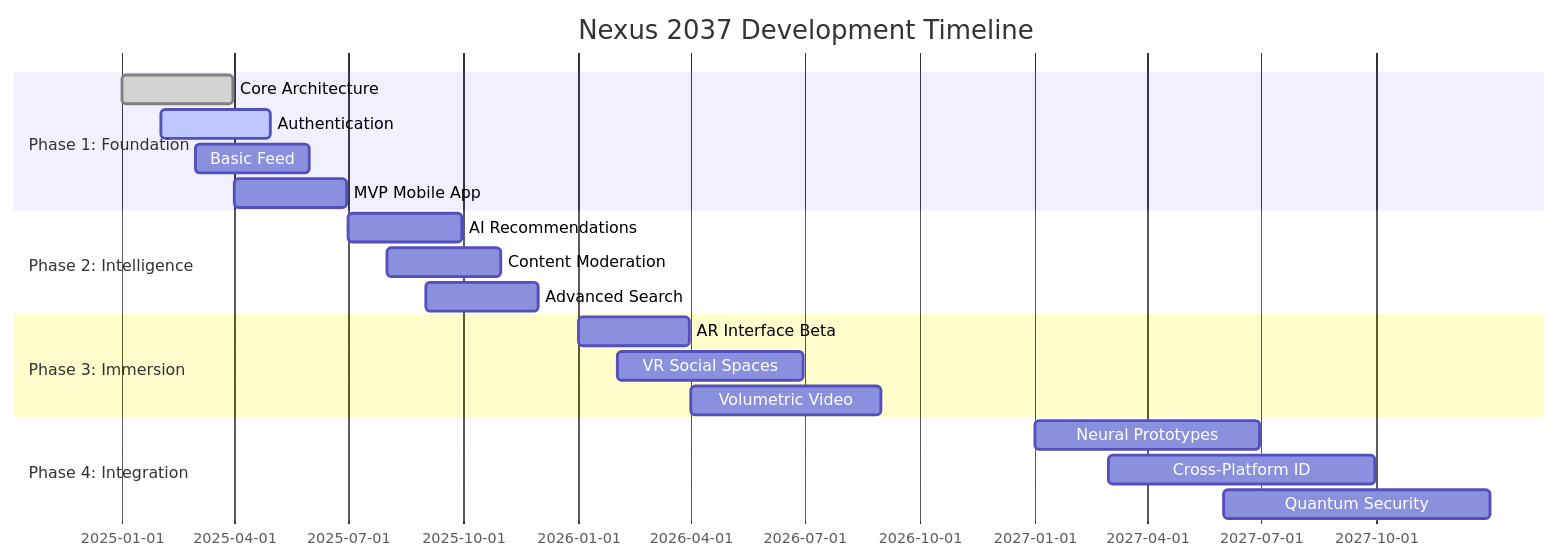
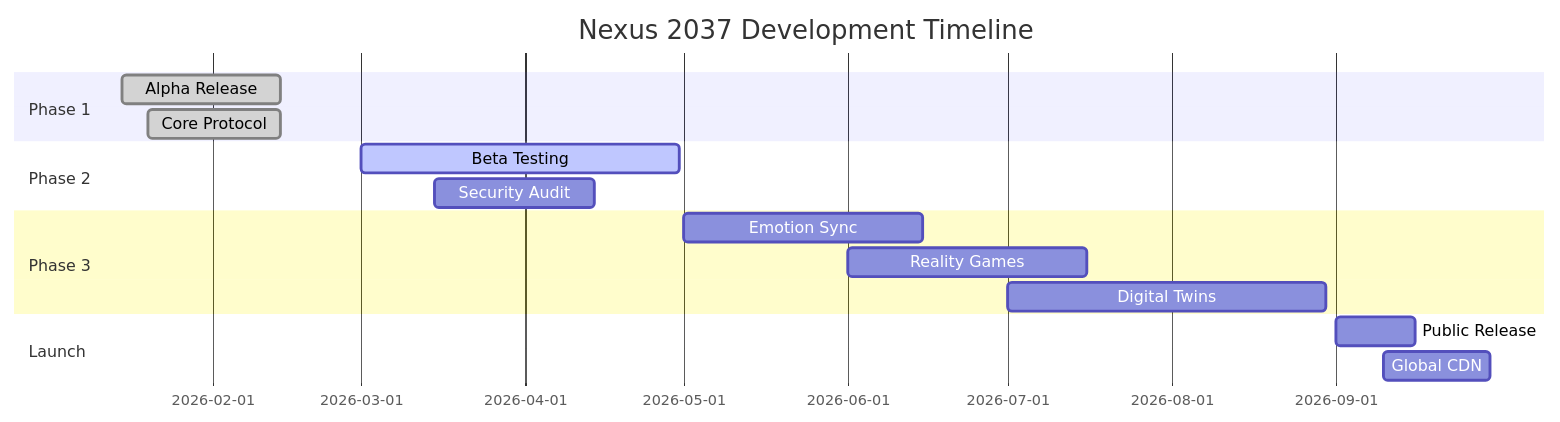
One commit to muya2026/Social2037 changed the diagram in README.md. Above: the diagram before and after it, drawn with Mermaid. The commit also changed other lines of this file and 4 other files, not shown here.

````diff
--- a/README.md
+++ b/README.md
@@ -377,25 +290,18 @@
 ```mermaid
 gantt
     title Nexus 2037 Development Timeline
     dateFormat  YYYY-MM-DD
-    section Phase 1: Foundation
-    Core Architecture     :done,    des1, 2025-01-01, 2025-03-31
-    Authentication        :active,  des2, 2025-02-01, 2025-04-30
-    Basic Feed            :         des3, 2025-03-01, 2025-05-31
-    MVP Mobile App        :         des4, 2025-04-01, 2025-06-30
-    
-    section Phase 2: Intelligence
-    AI Recommendations    :         des5, 2025-07-01, 2025-09-30
-    Content Moderation    :         des6, 2025-08-01, 2025-10-31
-    Advanced Search       :         des7, 2025-09-01, 2025-11-30
-    
-    section Phase 3: Immersion
-    AR Interface Beta     :         des8, 2026-01-01, 2026-03-31
-    VR Social Spaces      :         des9, 2026-02-01, 2026-06-30
-    Volumetric Video      :         des10, 2026-04-01, 2026-08-31
-    
-    section Phase 4: Integration
-    Neural Prototypes     :         des11, 2027-01-01, 2027-06-30
-    Cross-Platform ID     :         des12, 2027-03-01, 2027-09-30
-    Quantum Security      :         des13, 2027-06-01, 2027-12-31
+    section Phase 1
+    Alpha Release       :done, alpha, 2026-01-15, 30d
+    Core Protocol       :done, protocol, 2026-01-20, 25d
+    section Phase 2
+    Beta Testing        :active, beta, 2026-03-01, 60d
+    Security Audit      :audit, 2026-03-15, 30d
+    section Phase 3
+    Emotion Sync        :emotion, 2026-05-01, 45d
+    Reality Games       :games, 2026-06-01, 45d
+    Digital Twins       :twins, 2026-07-01, 60d
+    section Launch
+    Public Release      :launch, 2026-09-01, 15d
+    Global CDN          :cdn, 2026-09-10, 20d
 ```
````
